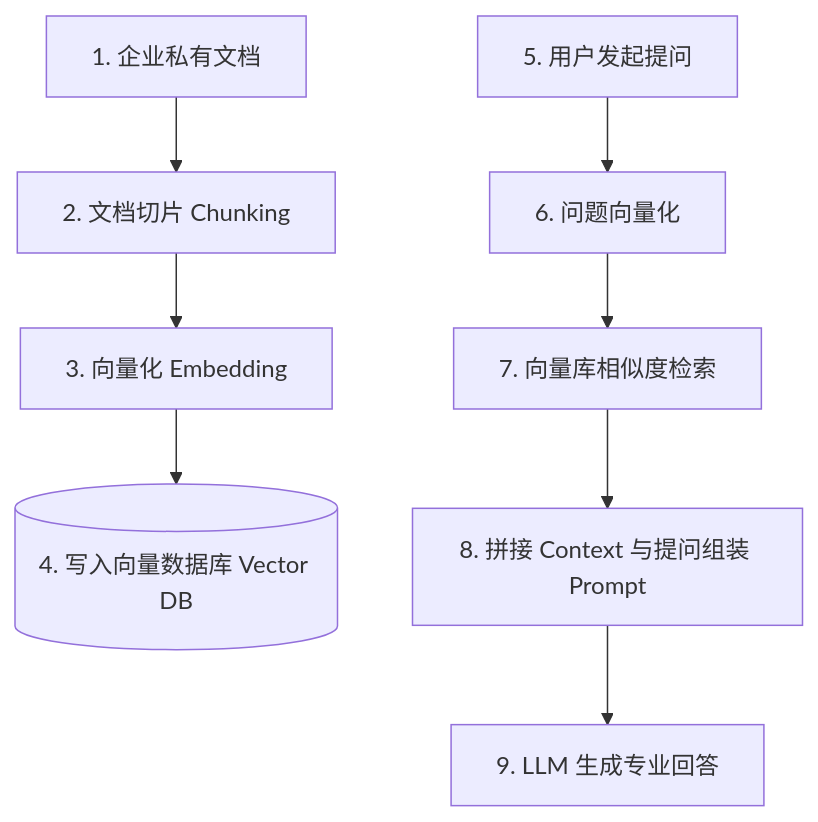
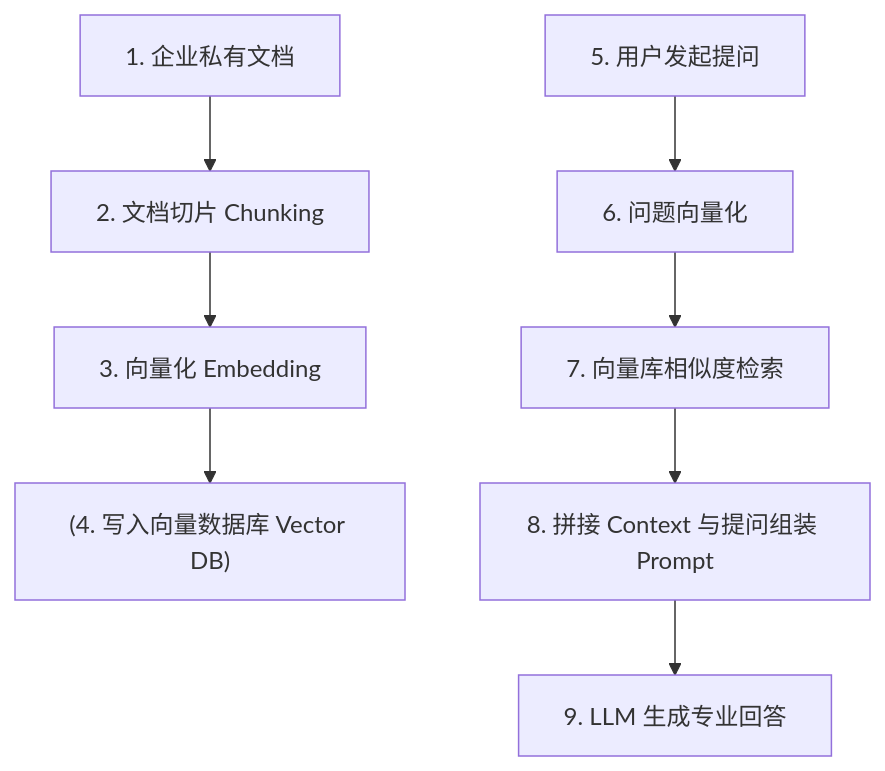
Before and after one commit to Aiden-Coding/AiDocs: the diagram in docs/interview/java/10-ai.md, drawn with Mermaid. The commit also changed 97 other files, not shown here.

````diff
--- a/docs/interview/java/10-ai.md
+++ b/docs/interview/java/10-ai.md
@@ -86,10 +86,10 @@
 ```mermaid
 flowchart TD
     Doc[1. 企业私有文档] --> Split[2. 文档切片 Chunking]
     Split --> Embed[3. 向量化 Embedding]
-    Embed --> VecDB[(4. 写入向量数据库 Vector DB)]
+    Embed --> VecDB["(4. 写入向量数据库 Vector DB)"]
     User[5. 用户发起提问] --> QueryEmbed[6. 问题向量化]
     QueryEmbed --> Search[7. 向量库相似度检索]
     Search --> Prompt[8. 拼接 Context 与提问组装 Prompt]
     Prompt --> LLM[9. LLM 生成专业回答]
 ```
````
